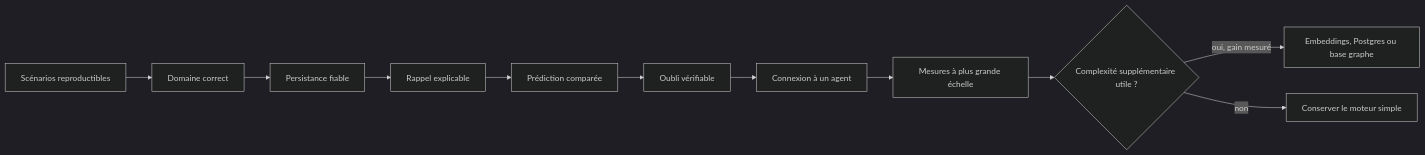
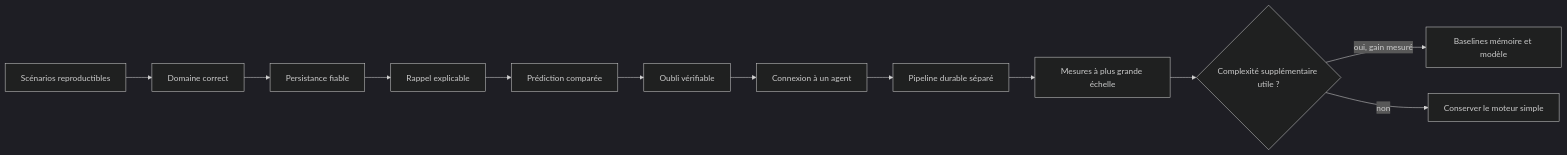
One commit to sxc3030-eng/memoire-associative-temporelle changed the second of 2 diagrams in docs/PLAN_DE_CREATION.md. Above: the diagram before and after it, drawn with Mermaid (dark theme). The commit also changed other lines of this file and 15 other files, not shown here.

Commit message:
Add durable memory injection pipeline

````diff
--- a/docs/PLAN_DE_CREATION.md
+++ b/docs/PLAN_DE_CREATION.md
@@ -514,13 +609,14 @@
 ```mermaid
 flowchart LR
     S["Scénarios reproductibles"] --> D["Domaine correct"]
     D --> P["Persistance fiable"]
     P --> R["Rappel explicable"]
     R --> X["Prédiction comparée"]
     X --> F["Oubli vérifiable"]
     F --> A["Connexion à un agent"]
-    A --> M["Mesures à plus grande échelle"]
+    A --> Q["Pipeline durable séparé"]
+    Q --> M["Mesures à plus grande échelle"]
     M --> C{"Complexité supplémentaire utile ?"}
-    C -->|"oui, gain mesuré"| V["Embeddings, Postgres ou base graphe"]
+    C -->|"oui, gain mesuré"| V["Baselines mémoire et modèle"]
     C -->|"non"| K["Conserver le moteur simple"]
 ```
````
